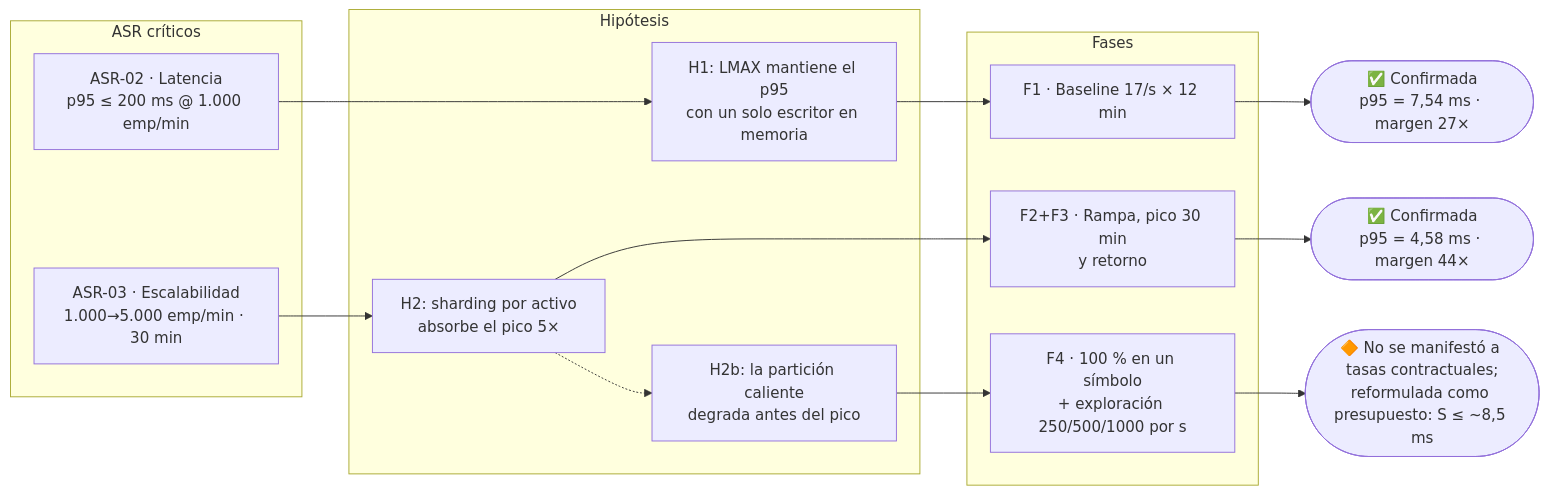
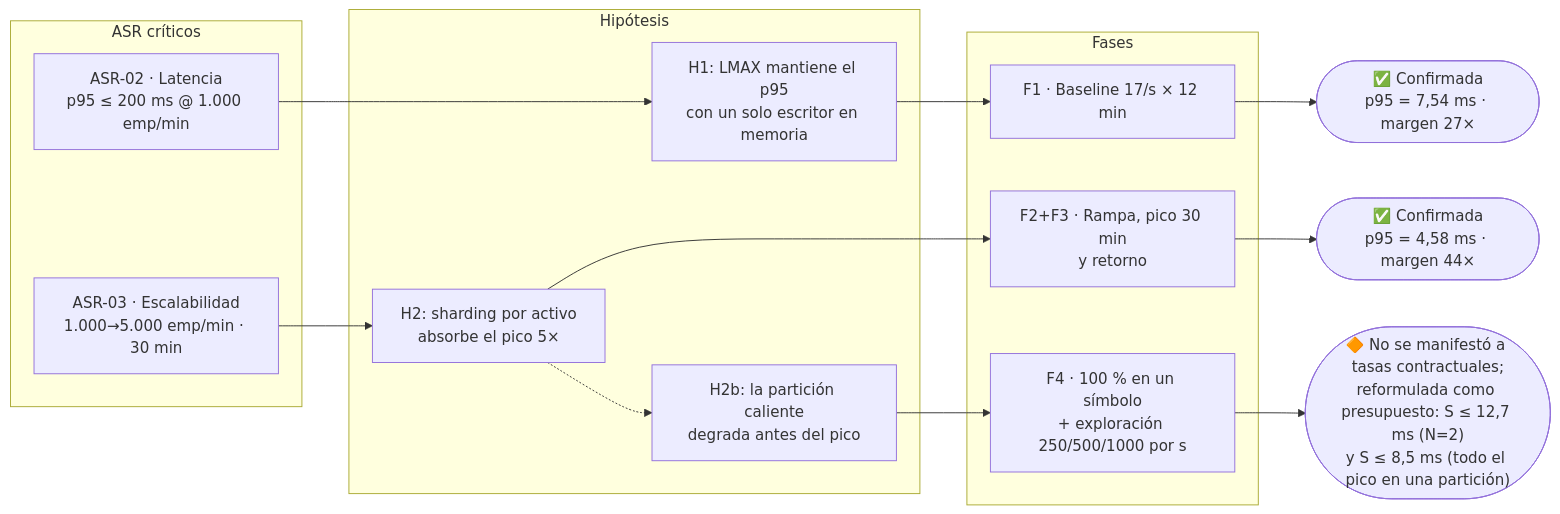
One commit to MATI-MBIT/arqsoft-reto-1 changed the first of 9 diagrams in docs/experimento-e01.md. Above: the diagram before and after it, drawn with Mermaid. The commit also changed other lines of this file and 4 other files, not shown here.

````diff
--- a/docs/experimento-e01.md
+++ b/docs/experimento-e01.md
@@ -15,23 +15,23 @@
 ```mermaid
 flowchart LR
     subgraph ASRs["ASR críticos"]
       A2["ASR-02 · Latencia\np95 ≤ 200 ms @ 1.000 emp/min"]
       A3["ASR-03 · Escalabilidad\n1.000→5.000 emp/min · 30 min"]
     end
     subgraph Hipotesis["Hipótesis"]
       H1["H1: LMAX mantiene el p95\ncon un solo escritor en memoria"]
       H2["H2: sharding por activo\nabsorbe el pico 5×"]
       H2b["H2b: la partición caliente\ndegrada antes del pico"]
     end
     subgraph Fases["Fases"]
       F1["F1 · Baseline 17/s × 12 min"]
       F2["F2+F3 · Rampa, pico 30 min\ny retorno"]
       F4["F4 · 100 % en un símbolo\n+ exploración 250/500/1000 por s"]
     end
     A2 --> H1 --> F1
     A3 --> H2 --> F2
     H2 -.-> H2b --> F4
     F1 --> V1(["✅ Confirmada\np95 = 7,54 ms · margen 27×"])
     F2 --> V2(["✅ Confirmada\np95 = 4,58 ms · margen 44×"])
-    F4 --> V3(["🔶 No se manifestó a tasas contractuales;\nreformulada como presupuesto: S ≤ ~8,5 ms"])
+    F4 --> V3(["🔶 No se manifestó a tasas contractuales;\nreformulada como presupuesto: S ≤ 12,7 ms (N=2)\ny S ≤ 8,5 ms (todo el pico en una partición)"])
 ```
````
